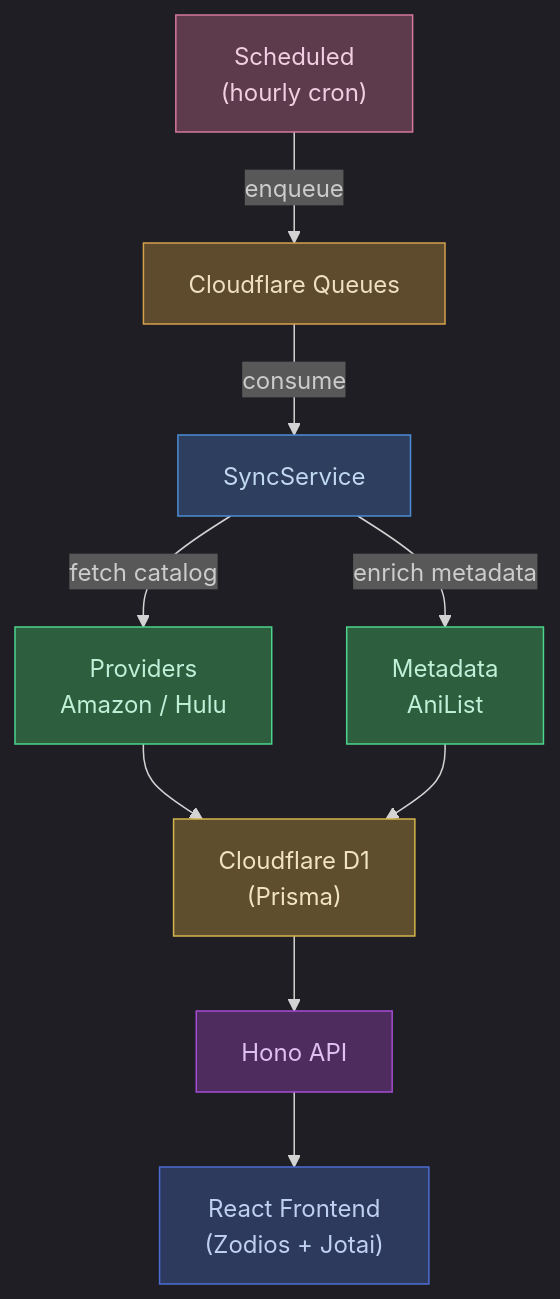
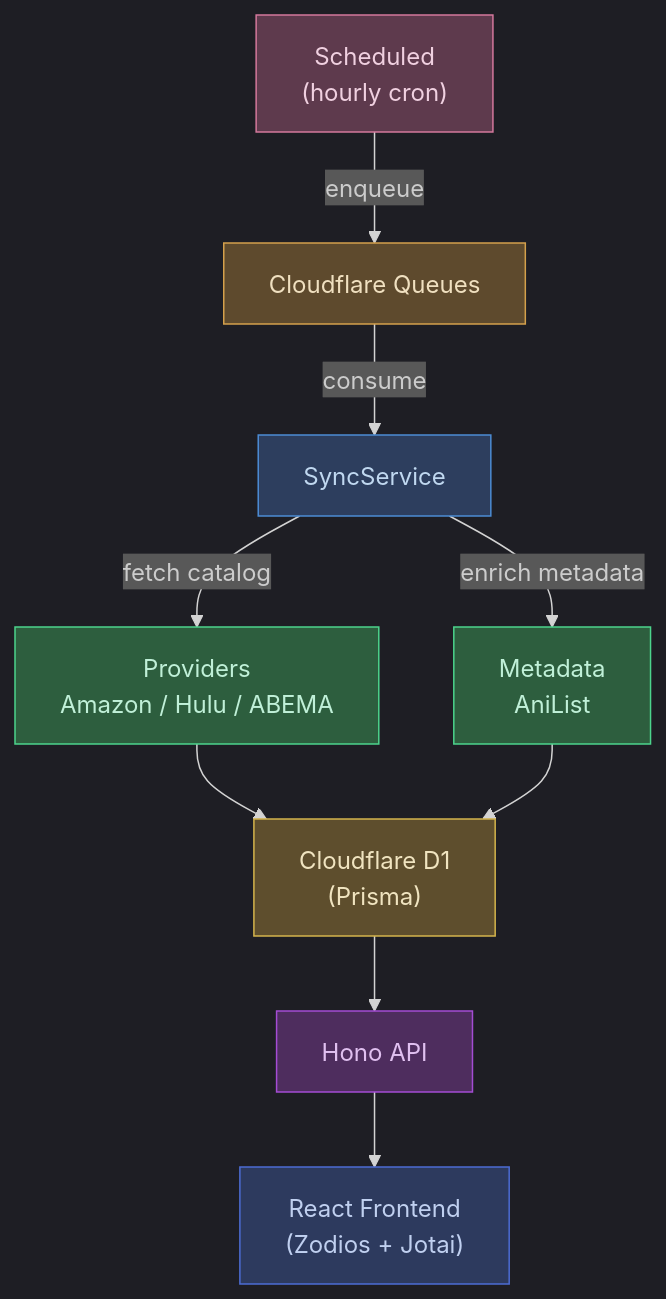
One commit to tkgstrator/anime-tracker changed the first of 5 diagrams in README.md. Above: the diagram before and after it, drawn with Mermaid. The commit also changed other lines of this file, not shown here.

Commit message:
docs: add ABEMA provider support to README

````diff
--- a/README.md
+++ b/README.md
@@ -85,24 +86,24 @@
 ```mermaid
 %%{init: {'theme': 'dark'}}%%
 graph TD
     Cron["Scheduled<br/>(hourly cron)"] -->|enqueue| Queue["Cloudflare Queues"]
     Queue -->|consume| Sync["SyncService"]
 
-    Sync -->|fetch catalog| Providers["Providers<br/>Amazon / Hulu"]
+    Sync -->|fetch catalog| Providers["Providers<br/>Amazon / Hulu / ABEMA"]
     Sync -->|enrich metadata| Metadata["Metadata<br/>AniList"]
 
     Providers --> DB["Cloudflare D1<br/>(Prisma)"]
     Metadata --> DB
 
     DB --> API["Hono API"]
     API --> Frontend["React Frontend<br/>(Zodios + Jotai)"]
 
     style Cron fill:#5e3a4d,stroke:#d4789c,color:#f0d0e0
     style Queue fill:#5e4a2d,stroke:#d4a04c,color:#f0e0c0
     style Sync fill:#2d3e5e,stroke:#4c8cd4,color:#c0d8f0
     style Providers fill:#2d5e3e,stroke:#4cd48c,color:#c0f0d8
     style Metadata fill:#2d5e3e,stroke:#4cd48c,color:#c0f0d8
     style DB fill:#5e4e2d,stroke:#d4b44c,color:#f0e4c0
     style API fill:#4e2d5e,stroke:#a44cd4,color:#e0c0f0
     style Frontend fill:#2d3a5e,stroke:#4c6cd4,color:#c0d0f0
 ```
````
